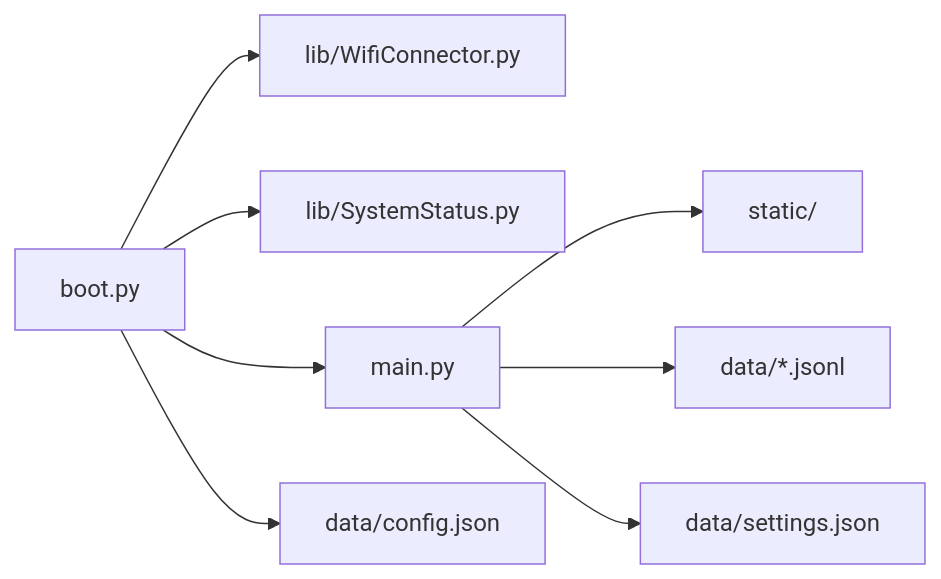
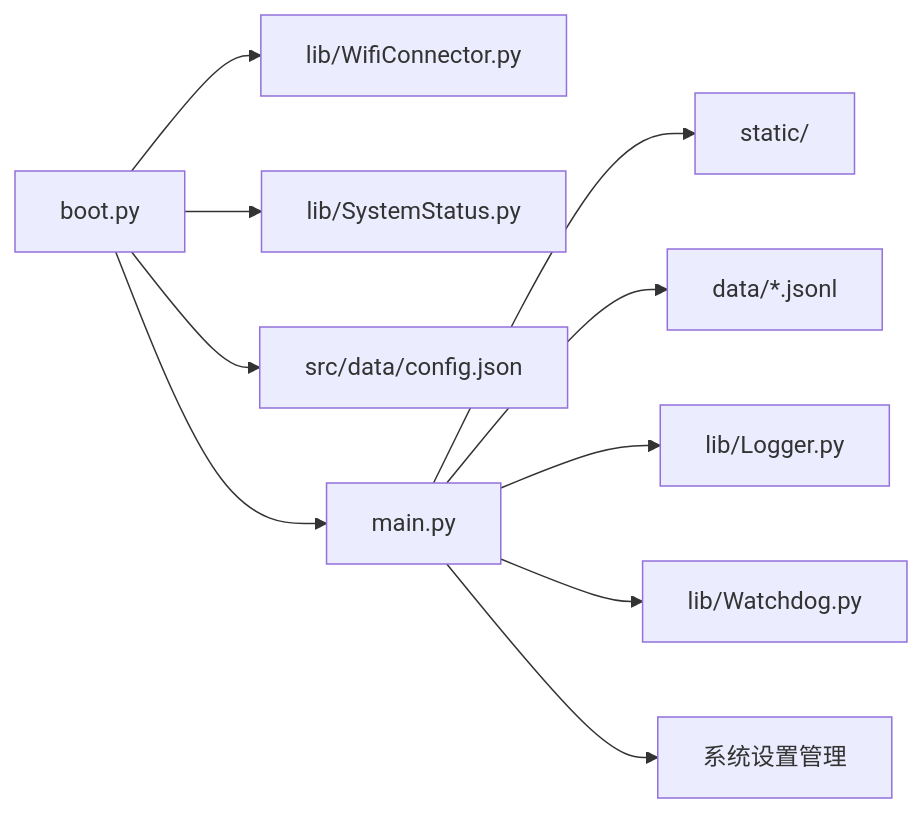
One commit to qq20739111/weilushishe-lishitai changed the third of 3 diagrams in .qoder/repowiki/zh/content/部署运维/软件配置.md. Above: the diagram before and after it, drawn with Mermaid. The commit also changed other lines of this file and 23 other files, not shown here.

````diff
--- a/.qoder/repowiki/zh/content/部署运维/软件配置.md
+++ b/.qoder/repowiki/zh/content/部署运维/软件配置.md
@@ -192,10 +220,12 @@
 ```mermaid
 graph LR
 Boot["boot.py"] --> WC["lib/WifiConnector.py"]
 Boot --> SS["lib/SystemStatus.py"]
+Boot --> Config["src/data/config.json"]
 Boot --> Main["main.py"]
 Main --> Static["static/"]
 Main --> DB["data/*.jsonl"]
-Main --> Settings["data/settings.json"]
-Boot --> Config["data/config.json"]
+Main --> Logger["lib/Logger.py"]
+Main --> Watchdog["lib/Watchdog.py"]
+Main --> Settings["系统设置管理"]
 ```
````
